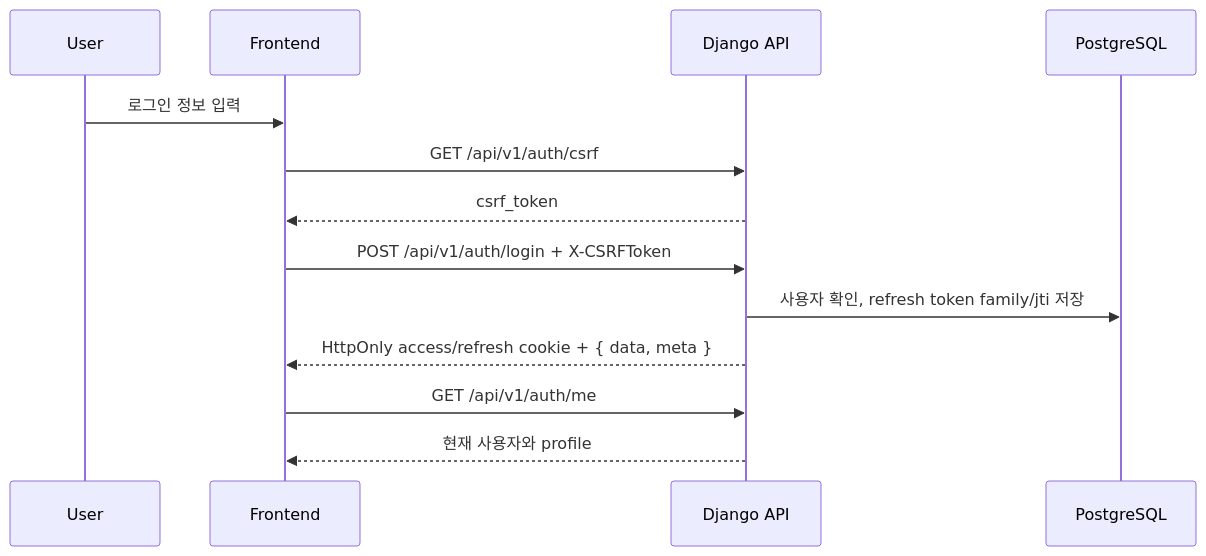
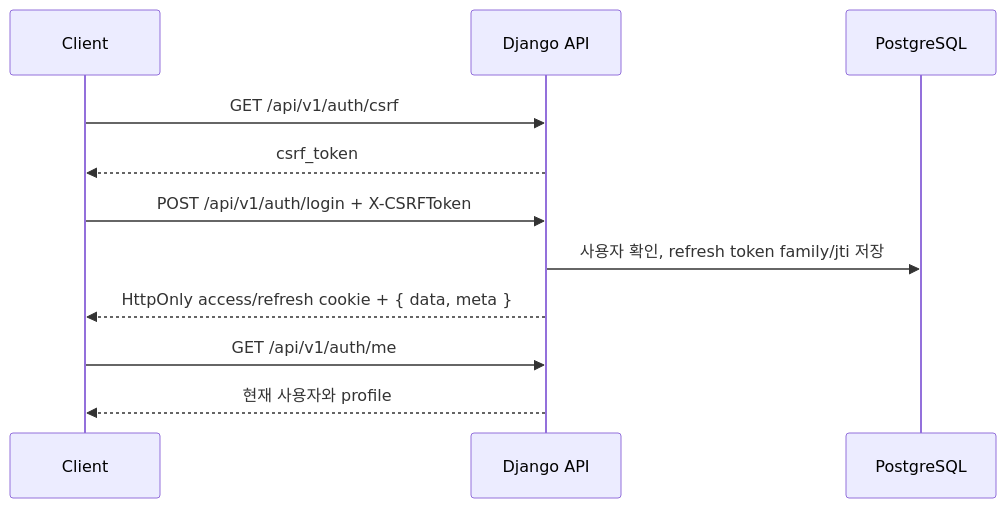
The second of 5 diagrams in README.md (SKNETWORKS-FAMILY-AICAMP/SKN27-4th-3team), drawn with Mermaid before and after one commit. The commit also changed other lines of this file and 1 other file, not shown here.

Commit message:
README.md (line 7)를 문서 기준으로 재정리했습니다. 프론트/LLM/KAG/GraphDB는 현재 사용 기술에서 분리했고, GraphDB는 미사용으로 명시했습니다. ERD는 README.md (line 231)에 “RDB 테이블 구성은 있음, 시각적 ERD 산출물은 아직 없음”으로 정리했습니다. memory.md (line 1)도 stale 상태라 현재 브랜치/모델/ERD 상태만 최소 갱신했습니다.

````diff
--- a/README.md
+++ b/README.md
@@ -102,16 +126,14 @@
 ```mermaid
 sequenceDiagram
-    participant U as User
-    participant F as Frontend
+    participant C as Client
     participant A as Django API
     participant DB as PostgreSQL
 
-    U->>F: 로그인 정보 입력
-    F->>A: GET /api/v1/auth/csrf
-    A-->>F: csrf_token
-    F->>A: POST /api/v1/auth/login + X-CSRFToken
+    C->>A: GET /api/v1/auth/csrf
+    A-->>C: csrf_token
+    C->>A: POST /api/v1/auth/login + X-CSRFToken
     A->>DB: 사용자 확인, refresh token family/jti 저장
-    A-->>F: HttpOnly access/refresh cookie + { data, meta }
-    F->>A: GET /api/v1/auth/me
-    A-->>F: 현재 사용자와 profile
+    A-->>C: HttpOnly access/refresh cookie + { data, meta }
+    C->>A: GET /api/v1/auth/me
+    A-->>C: 현재 사용자와 profile
 ```
````
